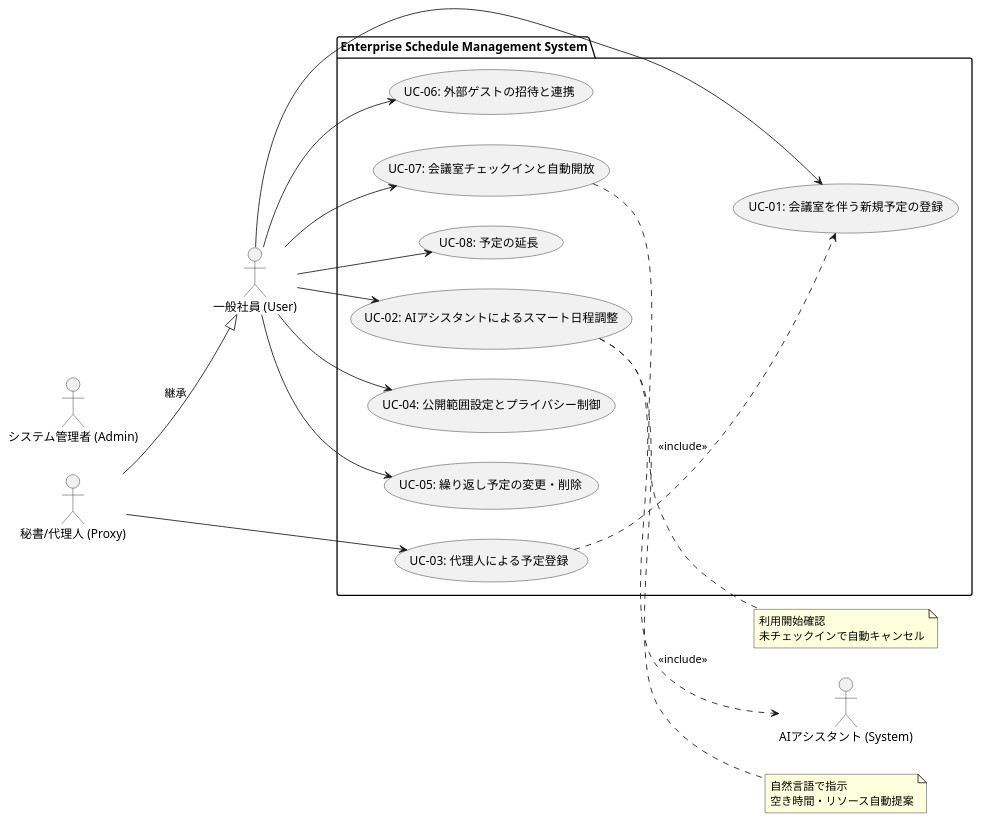
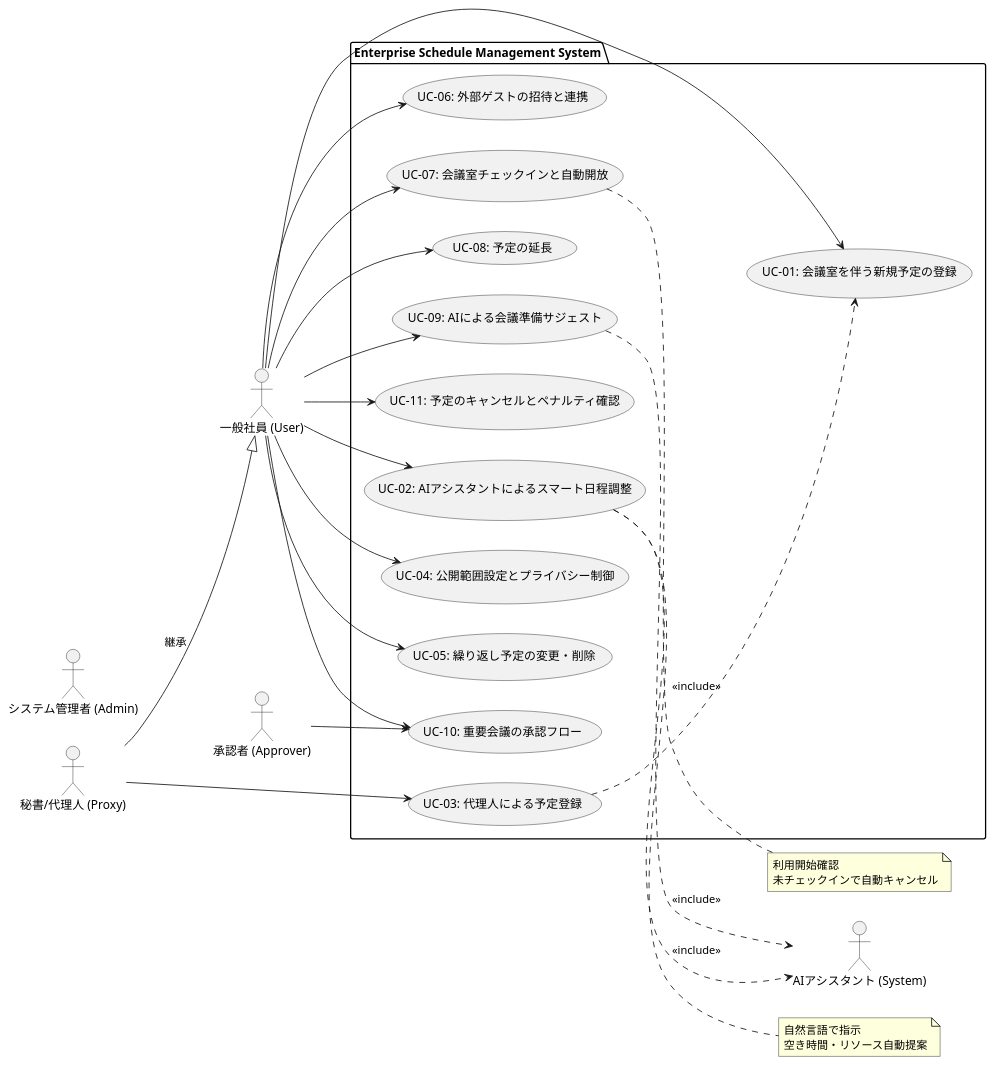
The diagram in docs/usecase_diagram.puml (zurustar/aiexb2), drawn with PlantUML before and after one commit. The commit also changed 2 other files, not shown here.

Commit message:
docs: Update use case documentation, IEEE 830 details, and the corresponding use case diagram.

```diff
--- a/docs/usecase_diagram.puml
+++ b/docs/usecase_diagram.puml
@@ -1,43 +1,52 @@
 @startuml
 left to right direction
 actor "一般社員 (User)" as User
 actor "秘書/代理人 (Proxy)" as Proxy
 actor "システム管理者 (Admin)" as Admin
+actor "承認者 (Approver)" as Approver
 actor "AIアシスタント (System)" as AI
 
 package "Enterprise Schedule Management System" {
     usecase "UC-01: 会議室を伴う新規予定の登録" as UC01
     usecase "UC-02: AIアシスタントによるスマート日程調整" as UC02
     usecase "UC-03: 代理人による予定登録" as UC03
     usecase "UC-04: 公開範囲設定とプライバシー制御" as UC04
     usecase "UC-05: 繰り返し予定の変更・削除" as UC05
     usecase "UC-06: 外部ゲストの招待と連携" as UC06
     usecase "UC-07: 会議室チェックインと自動開放" as UC07
     usecase "UC-08: 予定の延長" as UC08
+    usecase "UC-09: AIによる会議準備サジェスト" as UC09
+    usecase "UC-10: 重要会議の承認フロー" as UC10
+    usecase "UC-11: 予定のキャンセルとペナルティ確認" as UC11
 }
 
 User --> UC01
 User --> UC02
 User --> UC04
 User --> UC05
 User --> UC06
 User --> UC07
 User --> UC08
+User --> UC09
+User --> UC10
+Approver --> UC10
+User --> UC11
 
 Proxy --> UC03
 Proxy --|> User : 継承
 
 UC02 ..> AI : <<include>>
+UC09 ..> AI : <<include>>
 UC03 ..> UC01 : <<include>>
 
 note right of UC02
   自然言語で指示
   空き時間・リソース自動提案
 end note
 
 note right of UC07
   利用開始確認
   未チェックインで自動キャンセル
 end note
 
 @enduml
```
